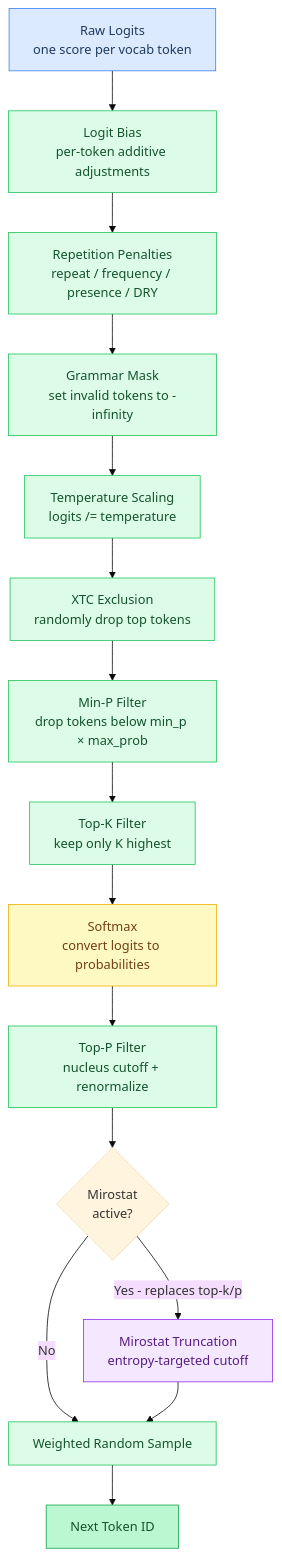
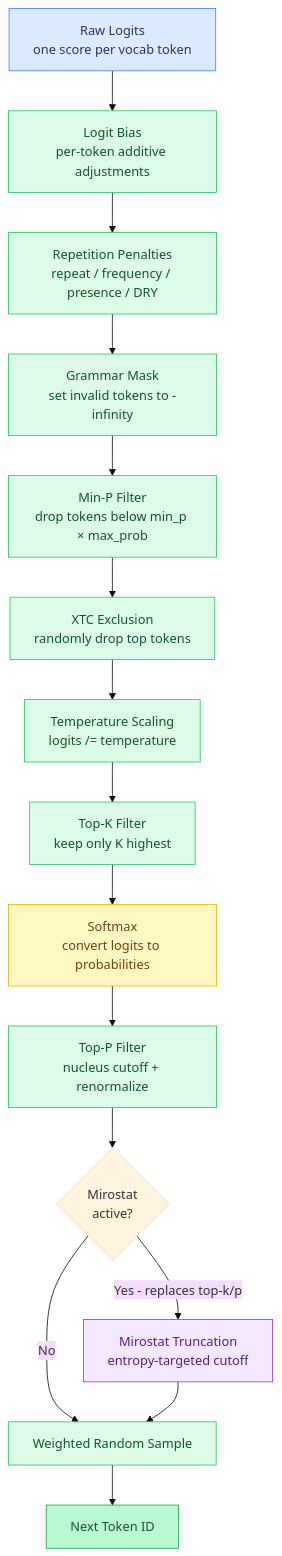
Before and after one commit to maci0/agave: the seventh of 7 diagrams in docs/tutorial/07-sampling.md, drawn with Mermaid (base theme). The commit also changed other lines of this file and 23 other files, not shown here.

````diff
--- a/docs/tutorial/07-sampling.md
+++ b/docs/tutorial/07-sampling.md
@@ -392,38 +394,38 @@
 ```mermaid
 flowchart TD
     classDef setup     fill:#dbeafe,stroke:#3b82f6,color:#1e3a5f
     classDef sync      fill:#dcfce7,stroke:#22c55e,color:#14532d
     classDef migration fill:#fef9c3,stroke:#eab308,color:#713f12
     classDef success   fill:#bbf7d0,stroke:#16a34a,color:#14532d
     classDef danger    fill:#fee2e2,stroke:#ef4444,color:#7f1d1d
     classDef optional  fill:#f3e8ff,stroke:#9333ea,color:#581c87
 
     Logits["Raw Logits\none score per vocab token"]:::setup
     Bias["Logit Bias\nper-token additive adjustments"]:::sync
     Penalties["Repetition Penalties\nrepeat / frequency / presence / DRY"]:::sync
     Grammar["Grammar Mask\nset invalid tokens to -infinity"]:::sync
     Temp["Temperature Scaling\nlogits /= temperature"]:::sync
     XTC["XTC Exclusion\nrandomly drop top tokens"]:::sync
     MinP["Min-P Filter\ndrop tokens below min_p × max_prob"]:::sync
     TopK["Top-K Filter\nkeep only K highest"]:::sync
     Softmax["Softmax\nconvert logits to probabilities"]:::migration
     TopP["Top-P Filter\nnucleus cutoff + renormalize"]:::sync
     MiroTrunc["Mirostat Truncation\nentropy-targeted cutoff"]:::optional
     FinalSample["Weighted Random Sample"]:::sync
     NextToken["Next Token ID"]:::success
 
     Logits --> Bias
     Bias --> Penalties
     Penalties --> Grammar
-    Grammar --> Temp
-    Temp --> XTC
-    XTC --> MinP
-    MinP --> TopK
+    Grammar --> MinP
+    MinP --> XTC
+    XTC --> Temp
+    Temp --> TopK
     TopK --> Softmax
     Softmax --> TopP
     TopP --> Mirostat{"Mirostat\nactive?"}
     Mirostat -->|Yes - replaces top-k/p| MiroTrunc
     Mirostat -->|No| FinalSample
     MiroTrunc --> FinalSample
     FinalSample --> NextToken
 ```
````
